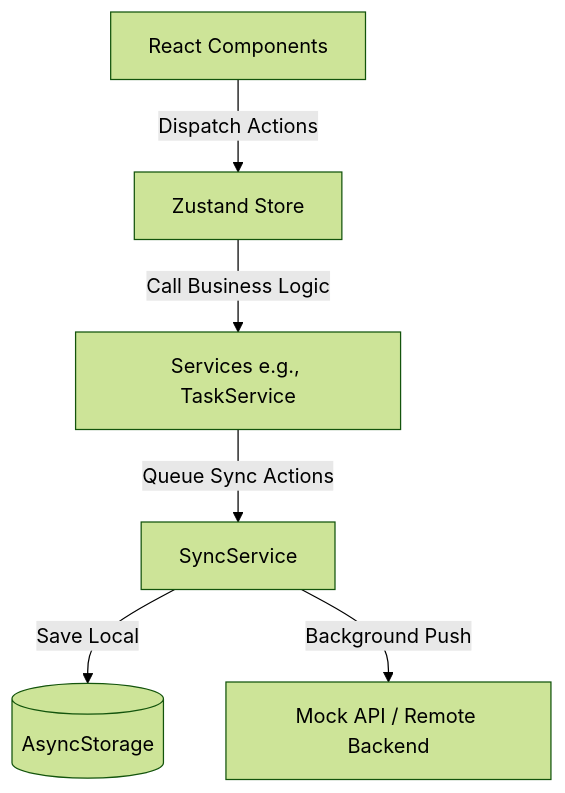
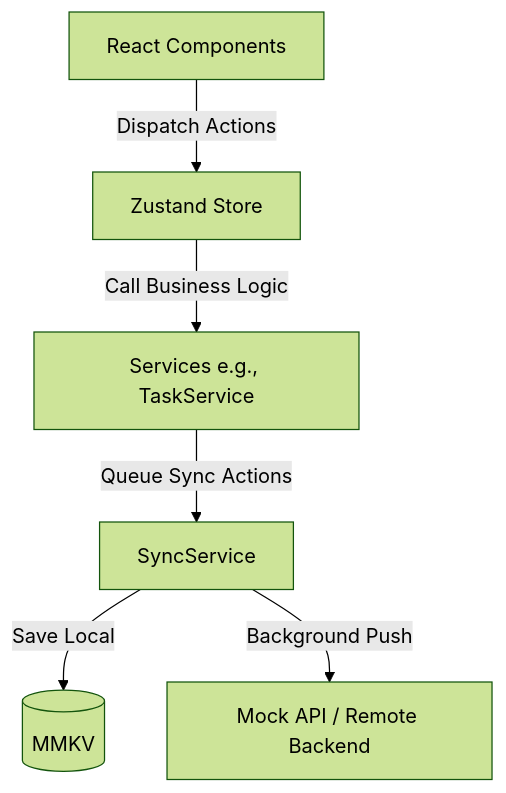
Before and after one commit to patilsushilofficial/NeuroPilot: the diagram in docs/Architecture.md, drawn with Mermaid (forest theme). The commit also changed other lines of this file and 153 other files, not shown here.

````diff
--- a/docs/Architecture.md
+++ b/docs/Architecture.md
@@ -11,8 +11,8 @@
 ```mermaid
 graph TD
     UI[React Components] -->|Dispatch Actions| Store[Zustand Store]
     Store -->|Call Business Logic| Service[Services e.g., TaskService]
     Service -->|Queue Sync Actions| Sync[SyncService]
-    Sync -->|Save Local| DB[(AsyncStorage)]
+    Sync -->|Save Local| DB[(MMKV)]
     Sync -->|Background Push| API[Mock API / Remote Backend]
 ```
````
